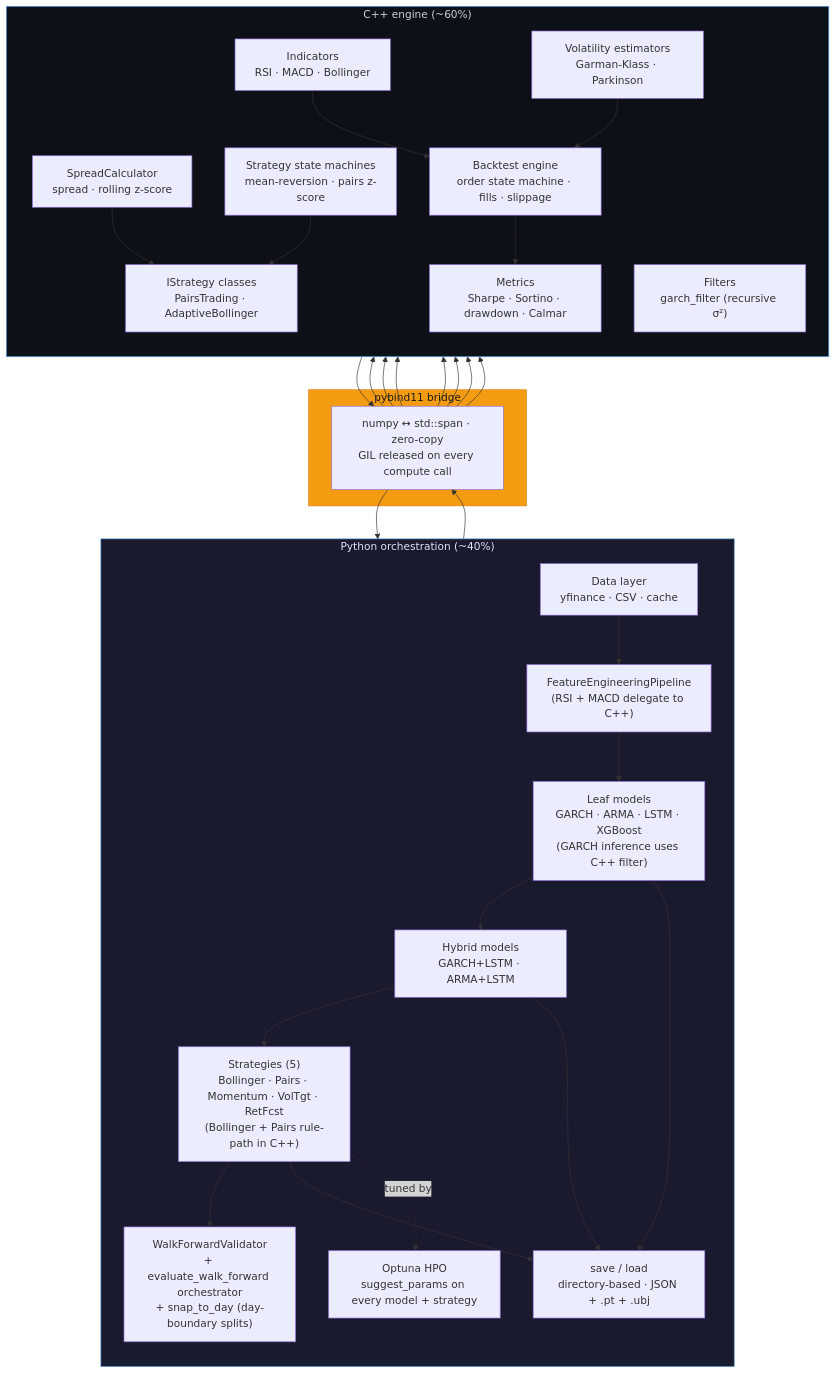
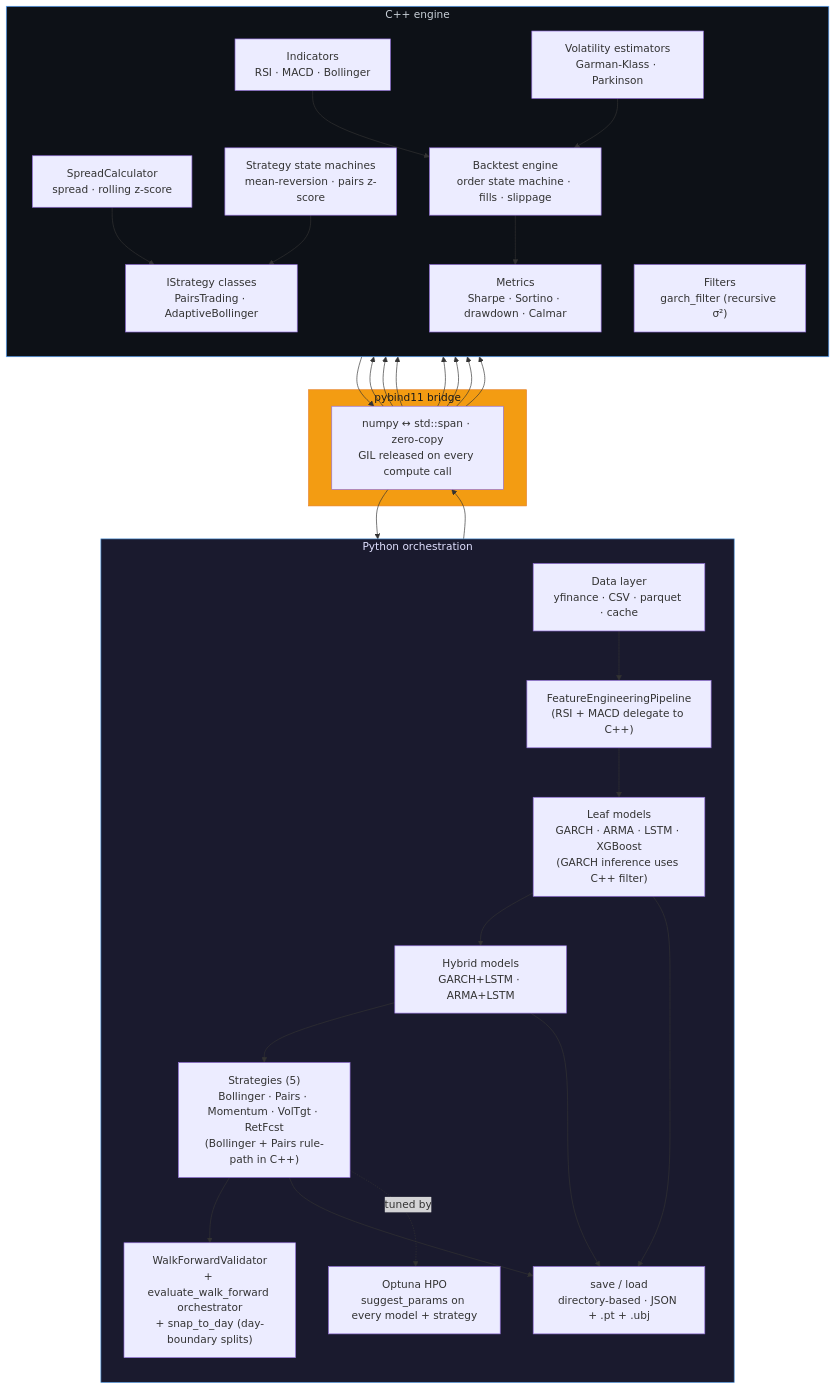
One commit to Alextz307/quantforge changed the first of 5 diagrams in README.md. Above: the diagram before and after it, drawn with Mermaid. The commit also changed other lines of this file and 4 other files, not shown here.

Commit message:
Fix CI: add types-tqdm stub, force-copy mutable closes array, drop architecture-diagram percentages, add cpp README

````diff
--- a/README.md
+++ b/README.md
@@ -9,56 +9,56 @@
 ```mermaid
 graph TB
-    subgraph py["Python orchestration (~40%)"]
+    subgraph py["Python orchestration"]
         direction TB
-        data["Data layer<br/>yfinance · CSV · cache"]
+        data["Data layer<br/>yfinance · CSV · parquet · cache"]
         feat["FeatureEngineeringPipeline<br/>(RSI + MACD delegate to C++)"]
         leaf["Leaf models<br/>GARCH · ARMA · LSTM · XGBoost<br/>(GARCH inference uses C++ filter)"]
         hyb["Hybrid models<br/>GARCH+LSTM · ARMA+LSTM"]
         strat["Strategies (5)<br/>Bollinger · Pairs · Momentum · VolTgt · RetFcst<br/>(Bollinger + Pairs rule-path in C++)"]
         persist["save / load<br/>directory-based · JSON + .pt + .ubj"]
         wforch["WalkForwardValidator<br/>+ evaluate_walk_forward orchestrator<br/>+ snap_to_day (day-boundary splits)"]
         hpo["Optuna HPO<br/>suggest_params on every model + strategy"]
         data --> feat --> leaf --> hyb --> strat
         strat --> wforch
         strat --> persist
         leaf --> persist
         hyb --> persist
         strat -. tuned by .-> hpo
     end
 
     subgraph bridge["pybind11 bridge"]
         numpy["numpy ↔ std::span · zero-copy<br/>GIL released on every compute call"]
     end
 
-    subgraph cpp["C++ engine (~60%)"]
+    subgraph cpp["C++ engine"]
         direction TB
         indicators["Indicators<br/>RSI · MACD · Bollinger"]
         voles["Volatility estimators<br/>Garman-Klass · Parkinson"]
         filters["Filters<br/>garch_filter (recursive σ²)"]
         smach["Strategy state machines<br/>mean-reversion · pairs z-score"]
         spreadc["SpreadCalculator<br/>spread · rolling z-score"]
         cppstrat["IStrategy classes<br/>PairsTrading · AdaptiveBollinger"]
         backtest["Backtest engine<br/>order state machine · fills · slippage"]
         metrics["Metrics<br/>Sharpe · Sortino · drawdown · Calmar"]
         indicators --> backtest
         voles --> backtest
         spreadc --> cppstrat
         smach --> cppstrat
         backtest --> metrics
     end
 
     wforch --> numpy
     numpy --> backtest
     numpy --> indicators
     numpy --> voles
     numpy --> filters
     numpy --> smach
     numpy --> spreadc
     numpy --> cppstrat
     metrics --> numpy
     numpy --> hpo
 
     style py fill:#1a1a2e,color:#e0e0ff,stroke:#4a90d9
     style bridge fill:#f39c12,color:#1a1a1a,stroke:#e67e22
     style cpp fill:#0d1117,color:#c9d1d9,stroke:#58a6ff
 ```
````
